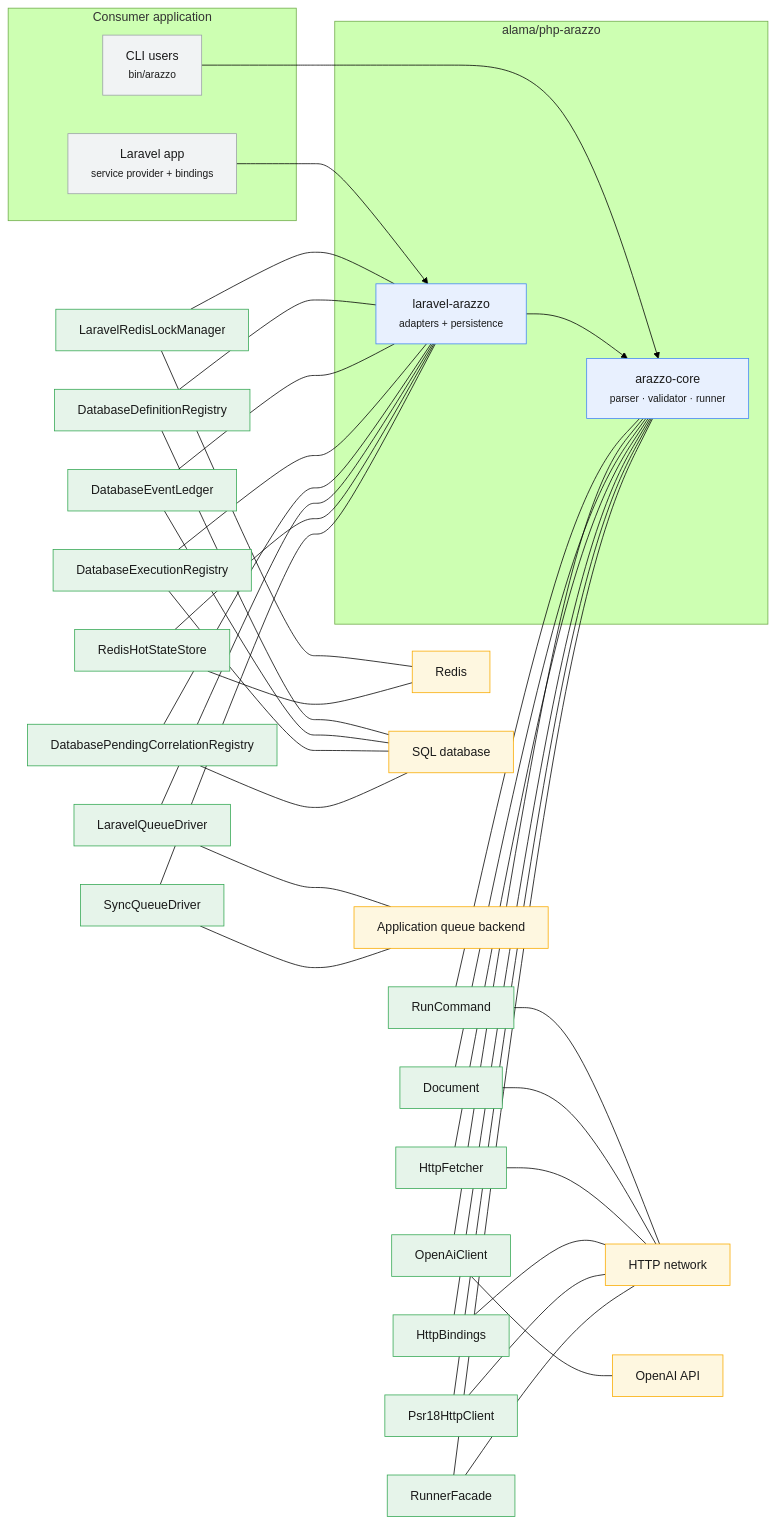
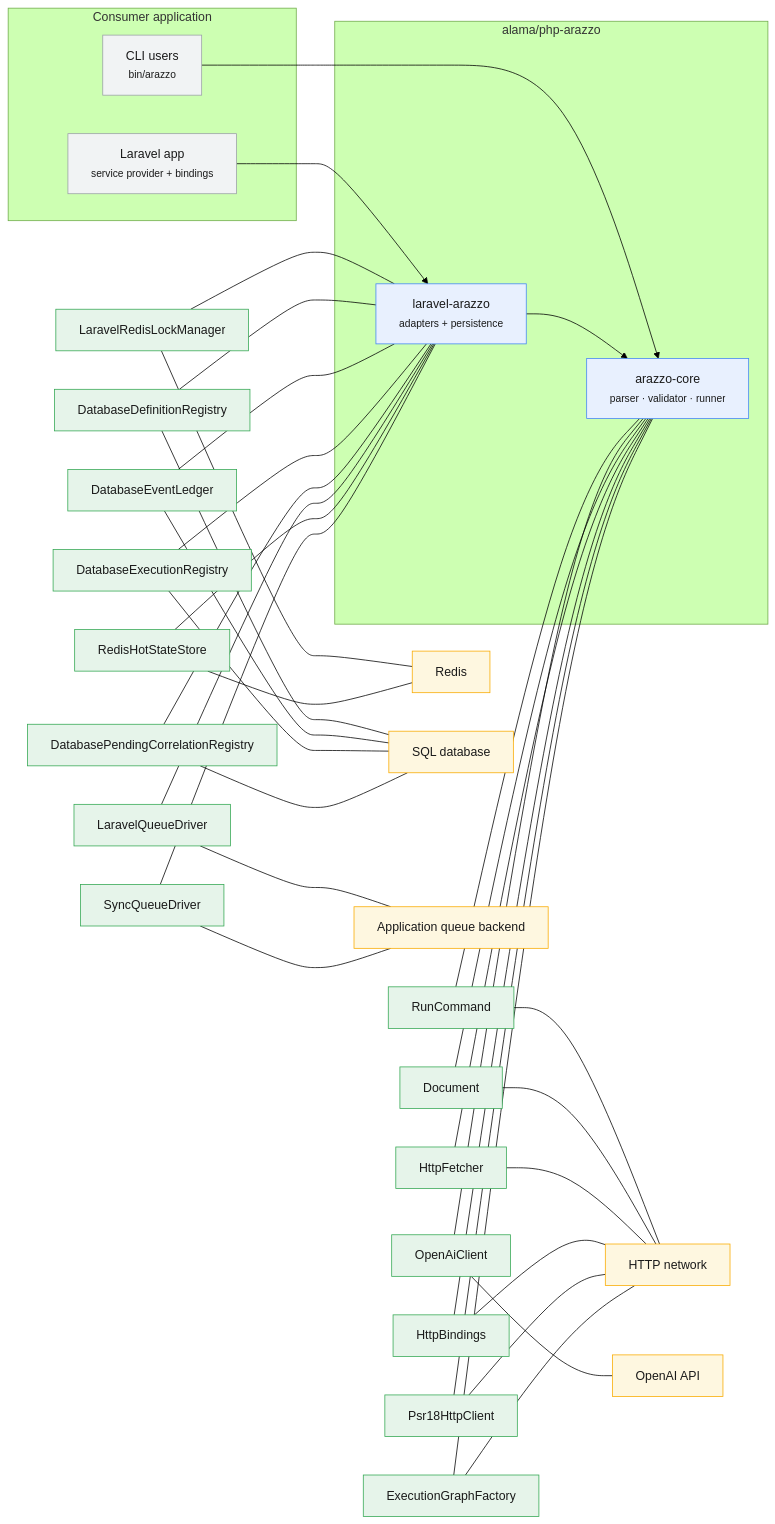
One commit to Mohammed-Alama/php-arazzo changed the diagram in docs/generated/integration-context.md. Above: the diagram before and after it, drawn with Mermaid (forest theme). The commit also changed 27 other files, not shown here.

````diff
--- a/docs/generated/integration-context.md
+++ b/docs/generated/integration-context.md
@@ -12,68 +12,68 @@
 ```mermaid
 flowchart LR
     subgraph Host["Consumer application"]
         LARAVEL["Laravel app<br/><small>service provider + bindings</small>"]:::host
         CLI["CLI users<br/><small>bin/arazzo</small>"]:::host
     end
     subgraph Package["alama/php-arazzo"]
         CORE["arazzo-core<br/><small>parser · validator · runner</small>"]:::package
         BRIDGE["laravel-arazzo<br/><small>adapters + persistence</small>"]:::package
         CLI --> CORE
         LARAVEL --> BRIDGE
         BRIDGE --> CORE
     end
         A_Alama_Arazzo_Laravel_Lock_LaravelRedisLockManager["LaravelRedisLockManager"]:::adapter
         A_Alama_Arazzo_Laravel_Lock_LaravelRedisLockManager --- BRIDGE
         A_Alama_Arazzo_Laravel_Lock_LaravelRedisLockManager --- redis
         A_Alama_Arazzo_Laravel_Persistence_DatabaseDefinitionRegistry["DatabaseDefinitionRegistry"]:::adapter
         A_Alama_Arazzo_Laravel_Persistence_DatabaseDefinitionRegistry --- BRIDGE
         A_Alama_Arazzo_Laravel_Persistence_DatabaseDefinitionRegistry --- sql
         A_Alama_Arazzo_Laravel_Persistence_DatabaseEventLedger["DatabaseEventLedger"]:::adapter
         A_Alama_Arazzo_Laravel_Persistence_DatabaseEventLedger --- BRIDGE
         A_Alama_Arazzo_Laravel_Persistence_DatabaseEventLedger --- sql
         A_Alama_Arazzo_Laravel_Persistence_DatabaseExecutionRegistry["DatabaseExecutionRegistry"]:::adapter
         A_Alama_Arazzo_Laravel_Persistence_DatabaseExecutionRegistry --- BRIDGE
         A_Alama_Arazzo_Laravel_Persistence_DatabaseExecutionRegistry --- sql
         A_Alama_Arazzo_Laravel_Persistence_DatabasePendingCorrelationRegistry["DatabasePendingCorrelationRegistry"]:::adapter
         A_Alama_Arazzo_Laravel_Persistence_DatabasePendingCorrelationRegistry --- BRIDGE
         A_Alama_Arazzo_Laravel_Persistence_DatabasePendingCorrelationRegistry --- sql
         A_Alama_Arazzo_Laravel_Queue_LaravelQueueDriver["LaravelQueueDriver"]:::adapter
         A_Alama_Arazzo_Laravel_Queue_LaravelQueueDriver --- BRIDGE
         A_Alama_Arazzo_Laravel_Queue_LaravelQueueDriver --- queue
         A_Alama_Arazzo_Laravel_State_RedisHotStateStore["RedisHotStateStore"]:::adapter
         A_Alama_Arazzo_Laravel_State_RedisHotStateStore --- BRIDGE
         A_Alama_Arazzo_Laravel_State_RedisHotStateStore --- redis
         A_Alama_Arazzo_Runner_Execution_SyncQueueDriver["SyncQueueDriver"]:::adapter
         A_Alama_Arazzo_Runner_Execution_SyncQueueDriver --- BRIDGE
         A_Alama_Arazzo_Runner_Execution_SyncQueueDriver --- queue
         A_Alama_Arazzo_Cli_Console_Command_RunCommand["RunCommand"]:::adapter
         A_Alama_Arazzo_Cli_Console_Command_RunCommand --- CORE
         A_Alama_Arazzo_Cli_Console_Command_RunCommand --- net
         A_Alama_Arazzo_Cli_Generator_Clients_OpenAiClient["OpenAiClient"]:::adapter
         A_Alama_Arazzo_Cli_Generator_Clients_OpenAiClient --- CORE
         A_Alama_Arazzo_Cli_Generator_Clients_OpenAiClient --- openai
         A_Alama_Arazzo_Document_Document["Document"]:::adapter
         A_Alama_Arazzo_Document_Document --- CORE
         A_Alama_Arazzo_Document_Document --- net
         A_Alama_Arazzo_Document_Resolver_Fetchers_HttpFetcher["HttpFetcher"]:::adapter
         A_Alama_Arazzo_Document_Resolver_Fetchers_HttpFetcher --- CORE
         A_Alama_Arazzo_Document_Resolver_Fetchers_HttpFetcher --- net
         A_Alama_Arazzo_Laravel_Bindings_HttpBindings["HttpBindings"]:::adapter
         A_Alama_Arazzo_Laravel_Bindings_HttpBindings --- CORE
         A_Alama_Arazzo_Laravel_Bindings_HttpBindings --- net
         A_Alama_Arazzo_Laravel_Http_Psr18HttpClient["Psr18HttpClient"]:::adapter
         A_Alama_Arazzo_Laravel_Http_Psr18HttpClient --- CORE
         A_Alama_Arazzo_Laravel_Http_Psr18HttpClient --- net
-        A_Alama_Arazzo_Runner_RunnerFacade["RunnerFacade"]:::adapter
-        A_Alama_Arazzo_Runner_RunnerFacade --- CORE
-        A_Alama_Arazzo_Runner_RunnerFacade --- net
+        A_Alama_Arazzo_Runner_Execution_ExecutionGraphFactory["ExecutionGraphFactory"]:::adapter
+        A_Alama_Arazzo_Runner_Execution_ExecutionGraphFactory --- CORE
+        A_Alama_Arazzo_Runner_Execution_ExecutionGraphFactory --- net
     net["HTTP network"]:::system
     openai["OpenAI API"]:::system
     queue["Application queue backend"]:::system
     redis["Redis"]:::system
     sql["SQL database"]:::system
     classDef host fill:#f1f3f4,stroke:#9aa0a6,color:#1a1a1a;
     classDef package fill:#e8f0fe,stroke:#4285f4,color:#1a1a1a;
     classDef adapter fill:#e6f4ea,stroke:#34a853,color:#1a1a1a;
     classDef system fill:#fef7e0,stroke:#f9ab00,color:#1a1a1a;
 ```
````
